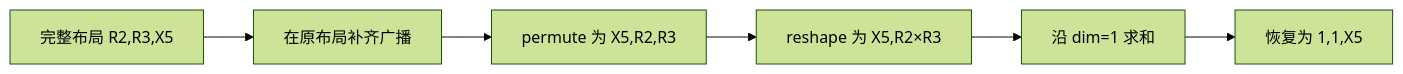
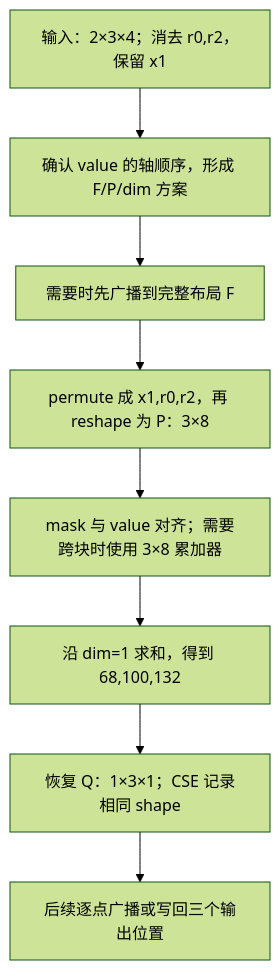
The diagram in docs/issue-logs/cicd/model-fix-02-reduction-axes-20261022.md (limbochao/torch-learn), drawn with Mermaid (forest theme) before and after one commit. The commit also changed other lines of this file and 2 other files, not shown here.

Commit message:
docs: explain reduction axes changes along data flow

````diff
--- a/docs/issue-logs/cicd/model-fix-02-reduction-axes-20261022.md
+++ b/docs/issue-logs/cicd/model-fix-02-reduction-axes-20261022.md
@@ -102,8 +107,10 @@
 ```mermaid
-flowchart LR
-    A[完整布局 R2,R3,X5] --> B[在原布局补齐广播]
-    B --> C[permute 为 X5,R2,R3]
-    C --> D[reshape 为 X5,R2×R3]
-    D --> E[沿 dim=1 求和]
-    E --> F[恢复为 1,1,X5]
+flowchart TD
+    A[输入：2×3×4；消去 r0,r2，保留 x1] --> B[确认 value 的轴顺序，形成 F/P/dim 方案]
+    B --> C[需要时先广播到完整布局 F]
+    C --> D[permute 成 x1,r0,r2，再 reshape 为 P：3×8]
+    D --> E[mask 与 value 对齐；需要跨块时使用 3×8 累加器]
+    E --> F[沿 dim=1 求和，得到 68,100,132]
+    F --> G[恢复 Q：1×3×1；CSE 记录相同 shape]
+    G --> H[后续逐点广播或写回三个输出位置]
 ```
````
